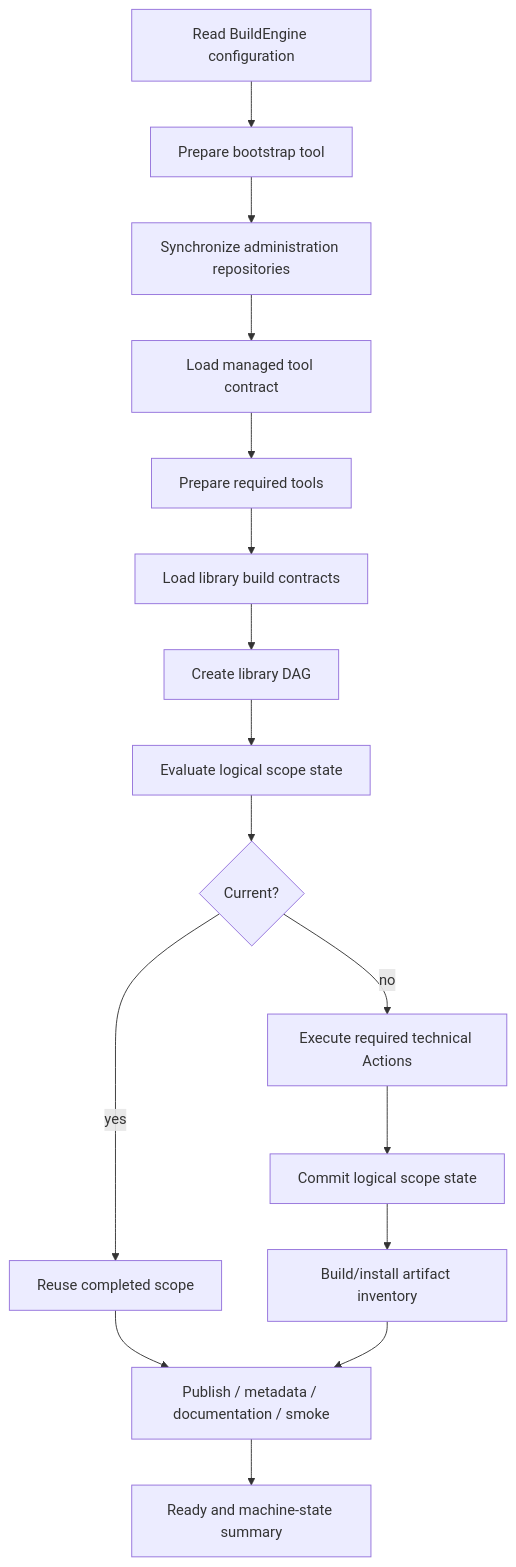
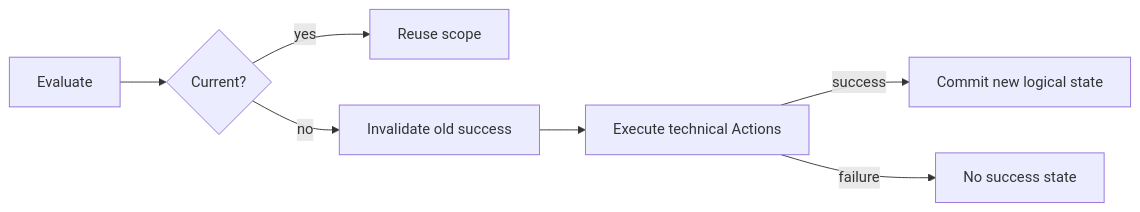
One commit to adeccscholar/BuildEngine-Admin changed the second of 4 diagrams in admin/server-docs/buildengine.md. Above: the diagram before and after it, drawn with Mermaid. The commit also changed other lines of this file, not shown here.

Commit message:
Align public BuildEngine architecture documentation

````diff
--- a/admin/server-docs/buildengine.md
+++ b/admin/server-docs/buildengine.md
@@ -54,18 +81,9 @@
 ```mermaid
-flowchart TD
-   A[Read BuildEngine configuration] --> B[Prepare bootstrap tool]
-   B --> C[Synchronize administration repositories]
-   C --> D[Load managed tool contract]
-   D --> E[Prepare required tools]
-   E --> F[Load library build contracts]
-   F --> G[Create library DAG]
-   G --> H[Evaluate logical scope state]
-   H --> I{Current?}
-   I -- yes --> J[Reuse completed scope]
-   I -- no --> K[Execute required technical Actions]
-   K --> L[Commit logical scope state]
-   L --> M[Build/install artifact inventory]
-   J --> N[Downstream scopes]
-   M --> N[Publish / metadata / documentation / smoke]
-   N --> O[Ready and machine-state summary]
+flowchart LR
+    E[Evaluate] --> C{Current?}
+    C -- yes --> R[Reuse scope]
+    C -- no --> I[Invalidate old success]
+    I --> X[Execute technical Actions]
+    X -->|success| W[Commit new logical state]
+    X -->|failure| F[No success state]
 ```
````
